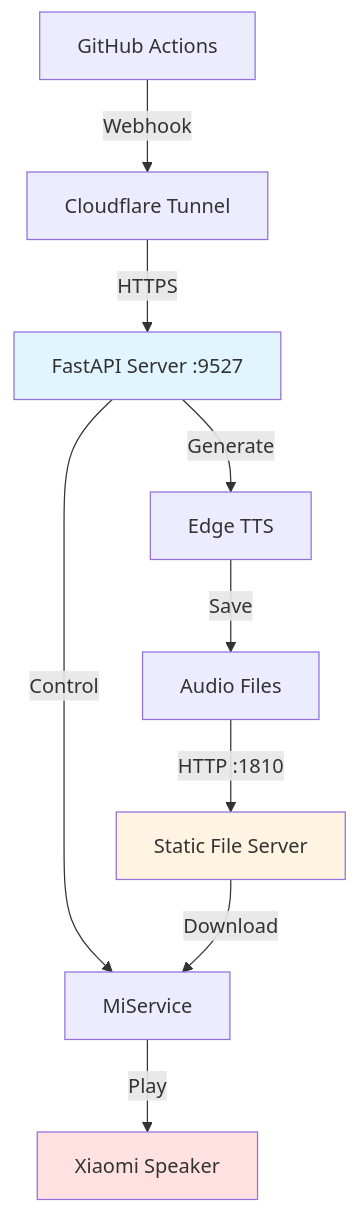
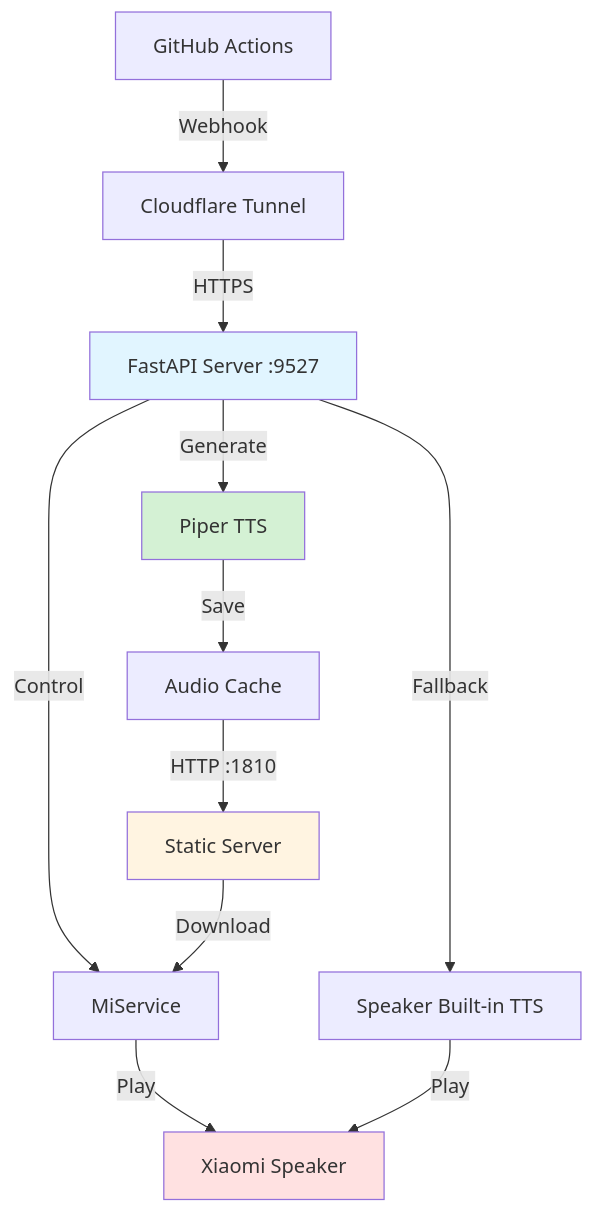
One commit to palemoky/xiaomi-speaker changed the diagram in README.md. Above: the diagram before and after it, drawn with Mermaid. The commit also changed other lines of this file and 4 other files, not shown here.

````diff
--- a/README.md
+++ b/README.md
@@ -10,15 +24,19 @@
 ```mermaid
 graph TD
     A[GitHub Actions] -->|Webhook| B[Cloudflare Tunnel]
     B -->|HTTPS| C[FastAPI Server :9527]
-    C -->|Generate| D[Edge TTS]
-    D -->|Save| E[Audio Files]
+    C -->|Generate| D[Piper TTS]
+    D -->|Save| E[Audio Cache]
     C -->|Control| F[MiService]
-    E -->|HTTP :1810| G[Static File Server]
+    E -->|HTTP :1810| G[Static Server]
     G -->|Download| F
     F -->|Play| H[Xiaomi Speaker]
-    
+
+    C -->|Fallback| I[Speaker Built-in TTS]
+    I -->|Play| H
+
     style C fill:#e1f5ff
+    style D fill:#d4f1d4
     style G fill:#fff4e1
     style H fill:#ffe1e1
 ```
````
